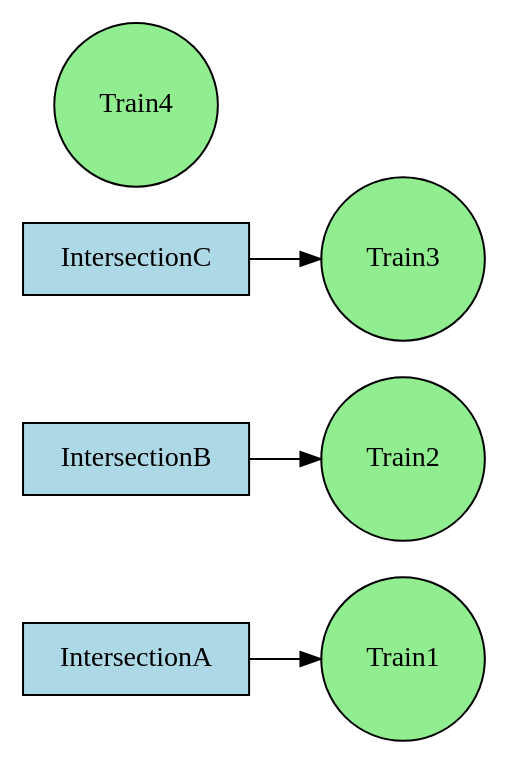
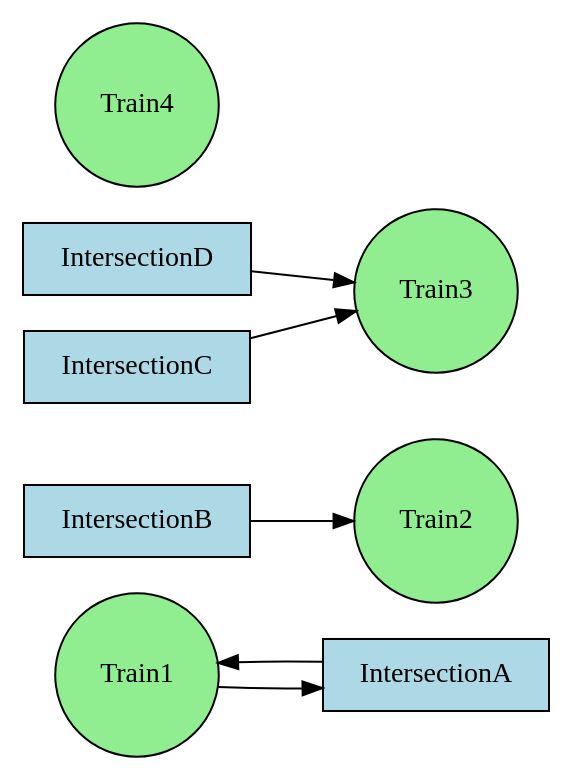
Before and after one commit to Epsilon157/Group-D: the diagram in rag.dot, drawn with Graphviz. The commit also changed 7 other files, not shown here.

```diff
--- a/rag.dot
+++ b/rag.dot
@@ -1,11 +1,13 @@
 digraph RAG {
   rankdir=LR;
   node [shape=rectangle, style=filled, fillcolor=lightblue];
   "Train1" [shape=circle, fillcolor=lightgreen];
   "IntersectionA" -> "Train1";
+  "Train1" -> "IntersectionA";
   "Train2" [shape=circle, fillcolor=lightgreen];
   "IntersectionB" -> "Train2";
   "Train3" [shape=circle, fillcolor=lightgreen];
+  "IntersectionD" -> "Train3";
   "IntersectionC" -> "Train3";
   "Train4" [shape=circle, fillcolor=lightgreen];
 }
```
